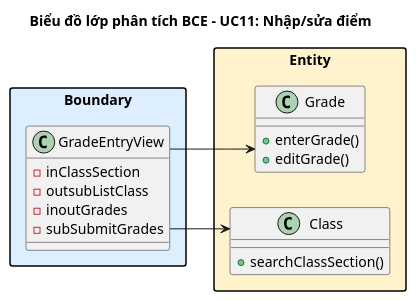
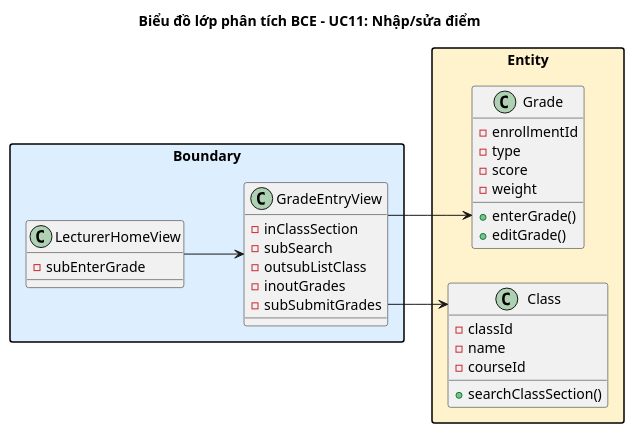
The ninth of 20 diagrams in report/md/module3_attendance_grades.md (thanhtrnnn/universe), drawn with PlantUML before and after one commit. The commit also changed other lines of this file and 1 other file, not shown here.

Commit message:
docs(module3): add HomeView entry points, full attribute lists, and entity attribute justification in BCE narratives

````diff
--- a/report/md/module3_attendance_grades.md
+++ b/report/md/module3_attendance_grades.md
@@ -440,30 +476,42 @@
 ```plantuml
 @startuml
 left to right direction
 skinparam linetype ortho
 skinparam packageStyle rectangle
 title Biểu đồ lớp phân tích BCE – UC11: Nhập/sửa điểm
 
 package "Boundary" #DDEEFF {
+  class LecturerHomeView {
+    -subEnterGrade
+  }
   class GradeEntryView {
     -inClassSection
+    -subSearch
     -outsubListClass
     -inoutGrades
     -subSubmitGrades
   }
 }
 
 package "Entity" #FFF3CD {
   class Grade {
+    -enrollmentId
+    -type
+    -score
+    -weight
     +enterGrade()
     +editGrade()
   }
   class Class {
+    -classId
+    -name
+    -courseId
     +searchClassSection()
   }
 }
 
+LecturerHomeView --> GradeEntryView
 GradeEntryView --> Grade
 GradeEntryView --> Class
 @enduml
 ```
````
